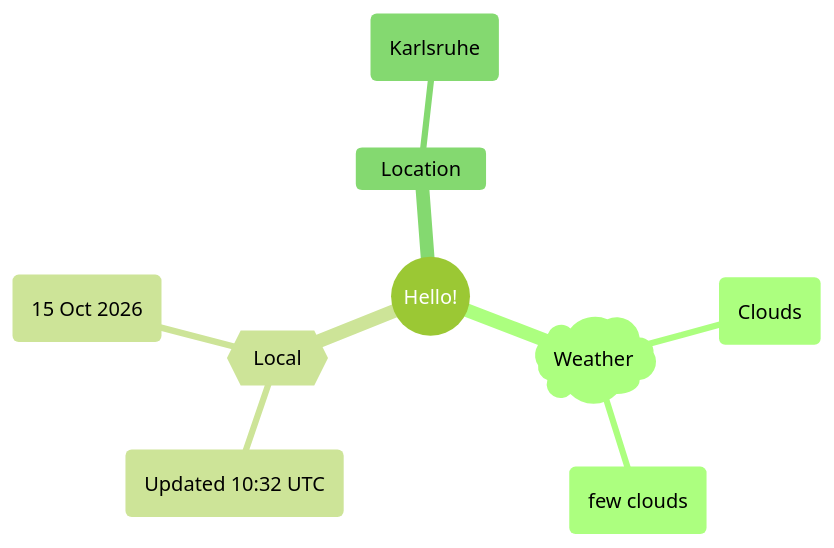
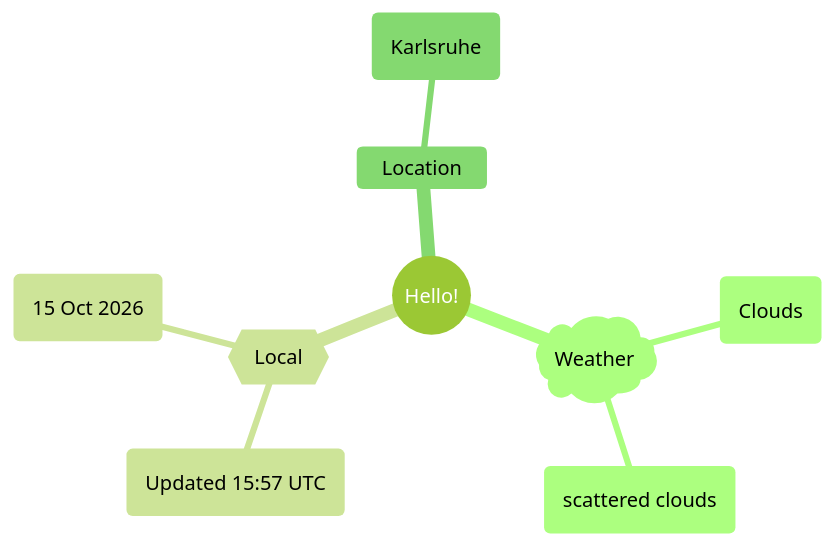
The first of 2 diagrams in README.md (Xosrov/Xosrov), drawn with Mermaid (forest theme) before and after one commit.

Commit message:
[bot] updated images

````diff
--- a/README.md
+++ b/README.md
@@ -3,12 +3,12 @@
 ```mermaid
 mindmap
   root((Hello!))
     )Weather(
         (Clouds)
-        (few clouds)
+        (scattered clouds)
     {{Local}}
-        (Updated 10:32 UTC)
+        (Updated 15:57 UTC)
         (15 Oct 2026)
     Location
         (Karlsruhe)
 ```
````
